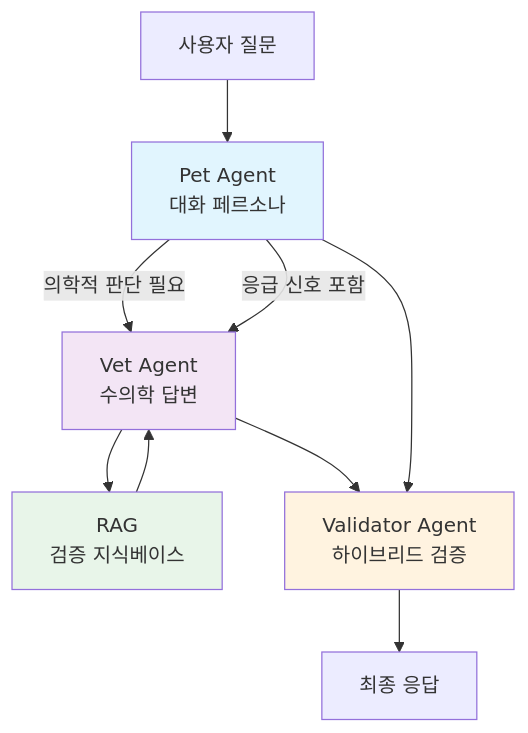
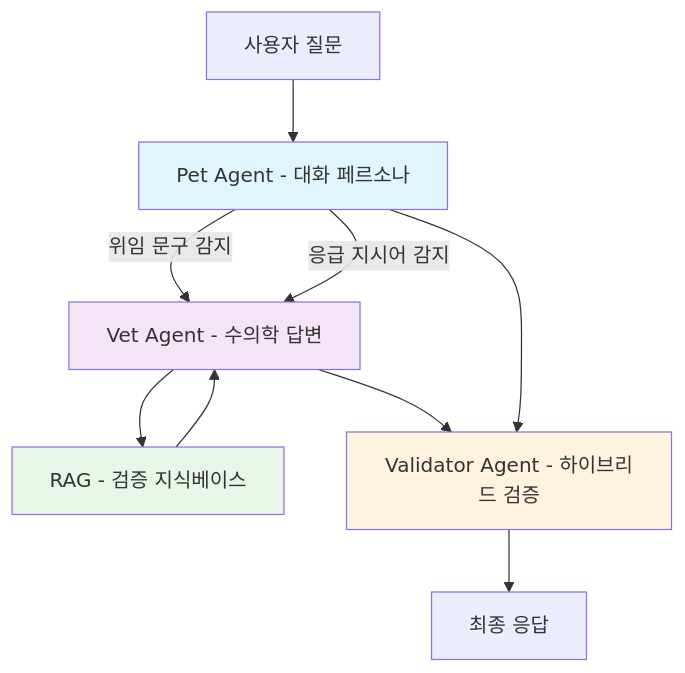
Before and after one commit to KimJeonghun91/Kimjeonghun91.github.io: the first of 2 diagrams in blog/barabomlog/2026-02-24-advanced-prompting/index.md, drawn with Mermaid. The commit also changed other lines of this file, not shown here.

````diff
--- a/blog/barabomlog/2026-02-24-advanced-prompting/index.md
+++ b/blog/barabomlog/2026-02-24-advanced-prompting/index.md
@@ -42,16 +48,16 @@
 ```mermaid
 graph TB
-    User[사용자 질문] --> PetAgent[Pet Agent<br/>대화 페르소나]
-    PetAgent -->|의학적 판단 필요| VetAgent[Vet Agent<br/>수의학 답변]
-    PetAgent -->|응급 신호 포함| VetAgent
-    VetAgent --> RAG[RAG<br/>검증 지식베이스]
+    User["사용자 질문"] --> PetAgent["Pet Agent - 대화 페르소나"]
+    PetAgent -->|위임 문구 감지| VetAgent["Vet Agent - 수의학 답변"]
+    PetAgent -->|응급 지시어 감지| VetAgent
+    VetAgent --> RAG["RAG - 검증 지식베이스"]
     RAG --> VetAgent
-    VetAgent --> ValidatorAgent[Validator Agent<br/>하이브리드 검증]
+    VetAgent --> ValidatorAgent["Validator Agent - 하이브리드 검증"]
     PetAgent --> ValidatorAgent
-    ValidatorAgent --> Response[최종 응답]
+    ValidatorAgent --> Response["최종 응답"]
 
     style PetAgent fill:#e1f5fe
     style VetAgent fill:#f3e5f5
     style ValidatorAgent fill:#fff3e0
     style RAG fill:#e8f5e9
 ```
````
